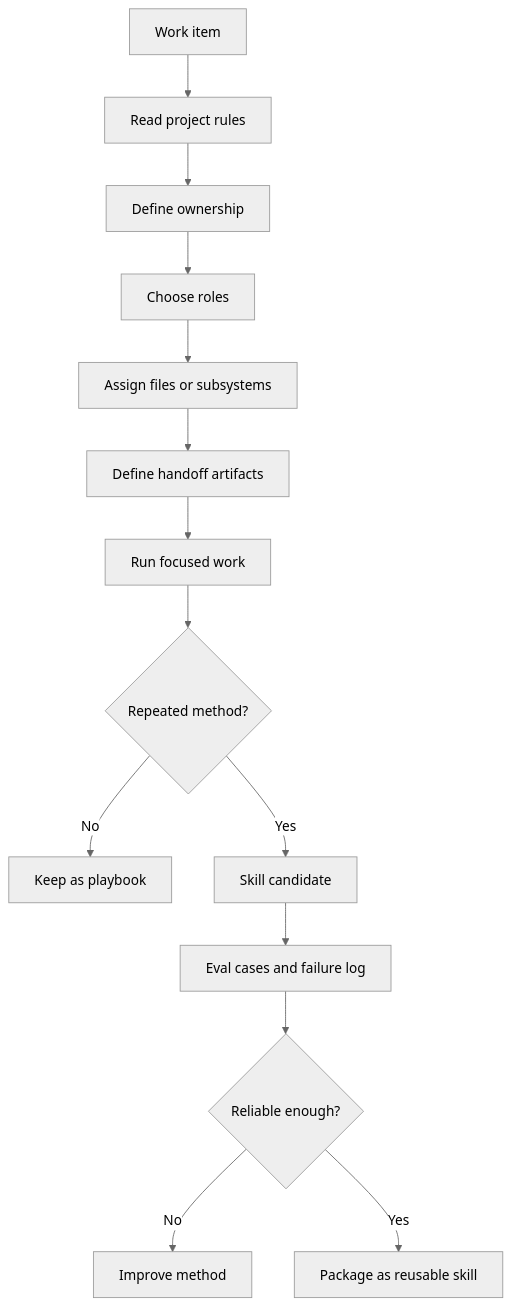
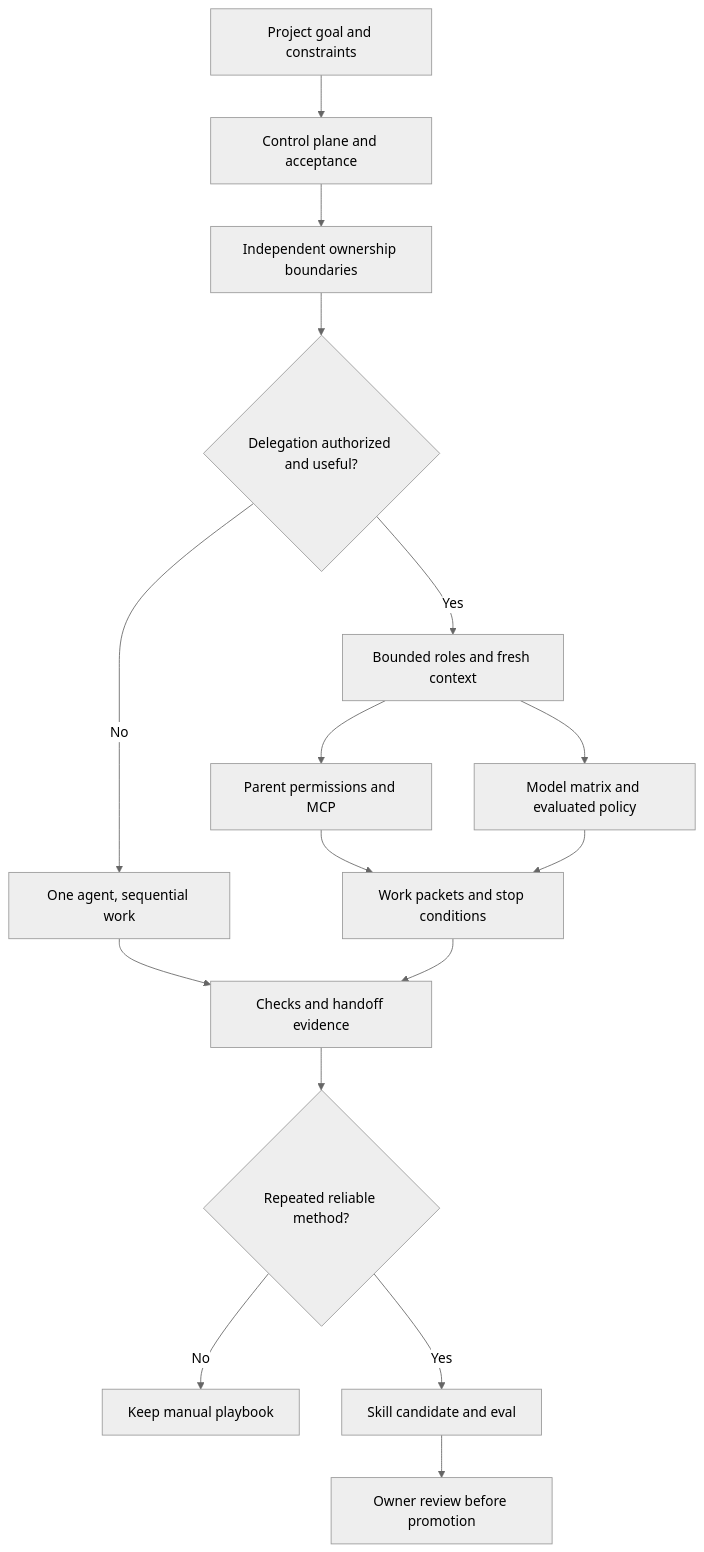
One commit to alexroadcaster/product-agent-os changed the diagram in docs/diagrams/agent-team-and-skills.en.md. Above: the diagram before and after it, drawn with Mermaid (neutral theme). The commit also changed other lines of this file and 122 other files, not shown here.

````diff
--- a/docs/diagrams/agent-team-and-skills.en.md
+++ b/docs/diagrams/agent-team-and-skills.en.md
@@ -7,16 +7,18 @@
 ```mermaid
 flowchart TD
-    A["Work item"] --> B["Read project rules"]
-    B --> C["Define ownership"]
-    C --> D["Choose roles"]
-    D --> E["Assign files or subsystems"]
-    E --> F["Define handoff artifacts"]
-    F --> G["Run focused work"]
-    G --> H{"Repeated method?"}
-    H -->|No| I["Keep as playbook"]
-    H -->|Yes| J["Skill candidate"]
-    J --> K["Eval cases and failure log"]
-    K --> L{"Reliable enough?"}
-    L -->|No| M["Improve method"]
-    L -->|Yes| N["Package as reusable skill"]
+    A["Project goal and constraints"] --> B["Control plane and acceptance"]
+    B --> C["Independent ownership boundaries"]
+    C --> D{"Delegation authorized and useful?"}
+    D -->|No| E["One agent, sequential work"]
+    D -->|Yes| F["Bounded roles and fresh context"]
+    F --> P["Parent permissions and MCP"]
+    F --> M["Model matrix and evaluated policy"]
+    P --> G["Work packets and stop conditions"]
+    M --> G
+    E --> H["Checks and handoff evidence"]
+    G --> H
+    H --> I{"Repeated reliable method?"}
+    I -->|No| J["Keep manual playbook"]
+    I -->|Yes| K["Skill candidate and eval"]
+    K --> L["Owner review before promotion"]
 ```
````
